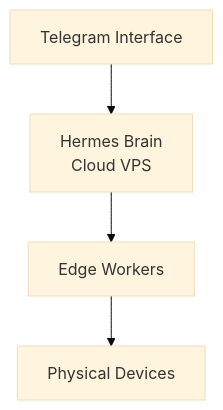
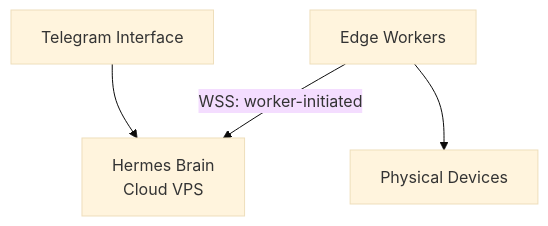
One commit to Tasdelenn/HermesOS changed the first of 2 diagrams in docs/01-Architecture.md. Above: the diagram before and after it, drawn with Mermaid (base theme). The commit also changed other lines of this file and 15 other files, not shown here.

````diff
--- a/docs/01-Architecture.md
+++ b/docs/01-Architecture.md
@@ -17,15 +17,15 @@
 ```mermaid
 flowchart TD
 
     Telegram[Telegram Interface]
 
     Hermes[Hermes Brain<br>Cloud VPS]
 
     Workers[Edge Workers]
 
     Devices[Physical Devices]
 
     Telegram --> Hermes
-    Hermes --> Workers
+    Workers -->|WSS: worker-initiated| Hermes
     Workers --> Devices
 ```
````
